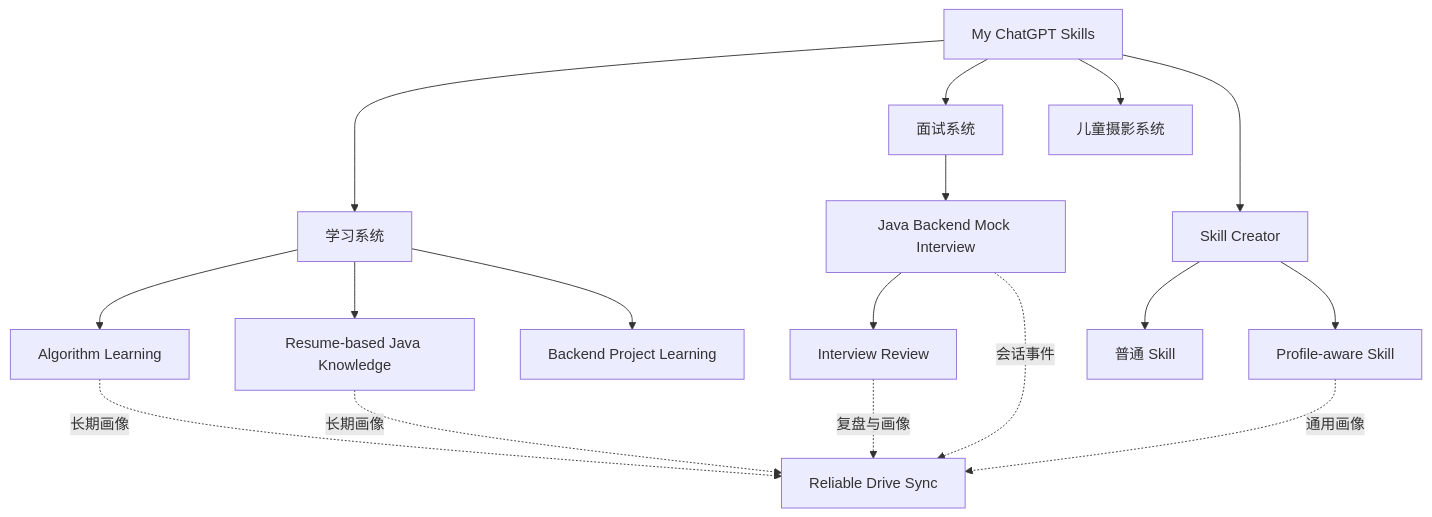
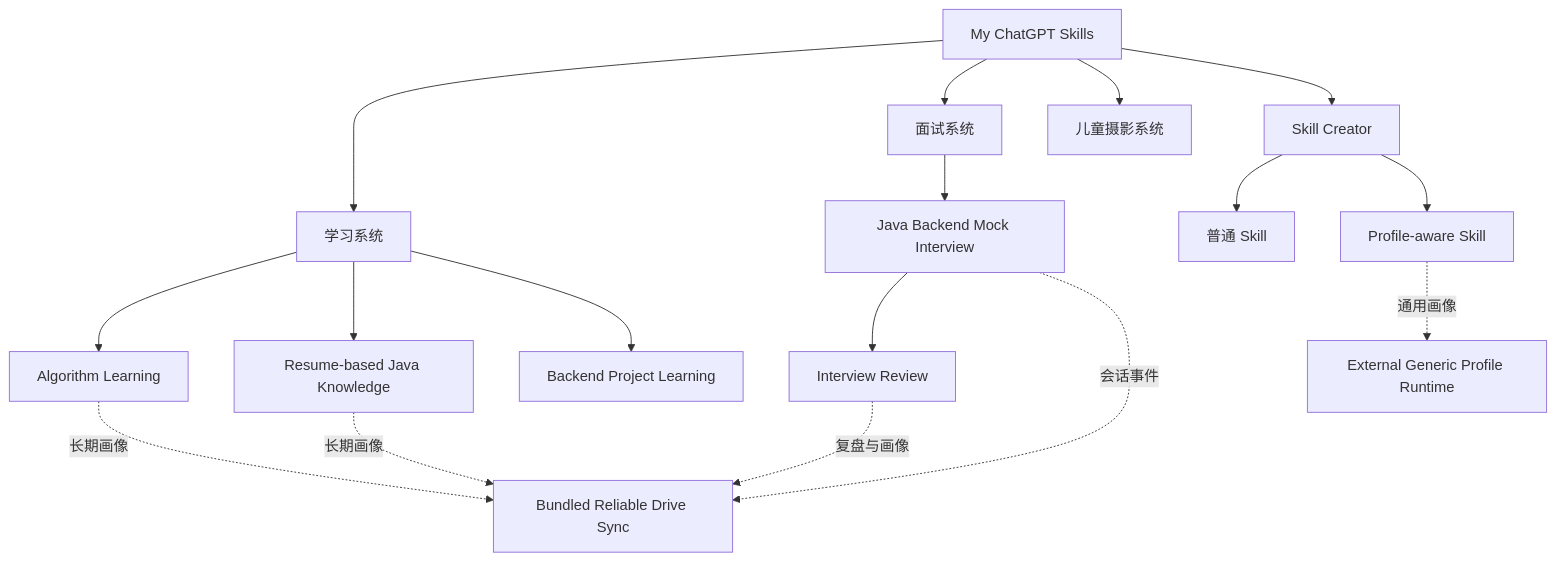
Before and after one commit to gitgotcha/my-chatgpt-skills: the first of 4 diagrams in README.md, drawn with Mermaid. The commit also changed other lines of this file and 8 other files, not shown here.

Commit message:
docs: add project README system and Reliable Drive Sync architecture

````diff
--- a/README.md
+++ b/README.md
@@ -37,26 +37,26 @@
 ```mermaid
 flowchart TB
 
     ROOT["My ChatGPT Skills"]
 
     ROOT --> LEARN["学习系统"]
     ROOT --> INTERVIEW["面试系统"]
     ROOT --> PHOTO["儿童摄影系统"]
     ROOT --> CREATOR["Skill Creator"]
 
     LEARN --> ALG["Algorithm Learning"]
     LEARN --> JAVA["Resume-based Java Knowledge"]
     LEARN --> PROJECT["Backend Project Learning"]
 
     INTERVIEW --> MOCK["Java Backend Mock Interview"]
     MOCK --> REVIEW["Interview Review"]
 
     CREATOR --> PLAIN["普通 Skill"]
     CREATOR --> PROFILE["Profile-aware Skill"]
 
-    ALG -.长期画像.-> SYNC["Reliable Drive Sync"]
+    ALG -.长期画像.-> SYNC["Bundled Reliable Drive Sync"]
     JAVA -.长期画像.-> SYNC
     MOCK -.会话事件.-> SYNC
     REVIEW -.复盘与画像.-> SYNC
-    PROFILE -.通用画像.-> SYNC
+    PROFILE -.通用画像.-> GENERIC["External Generic Profile Runtime"]
 ```
````
